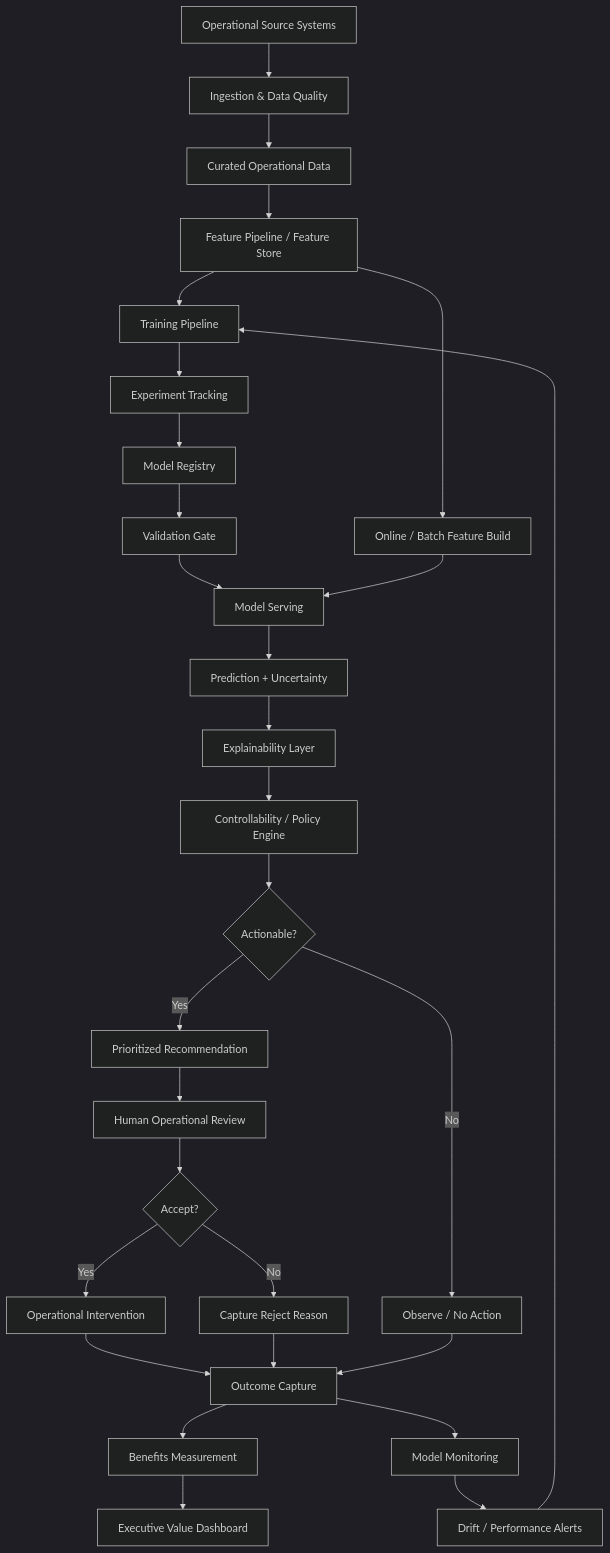
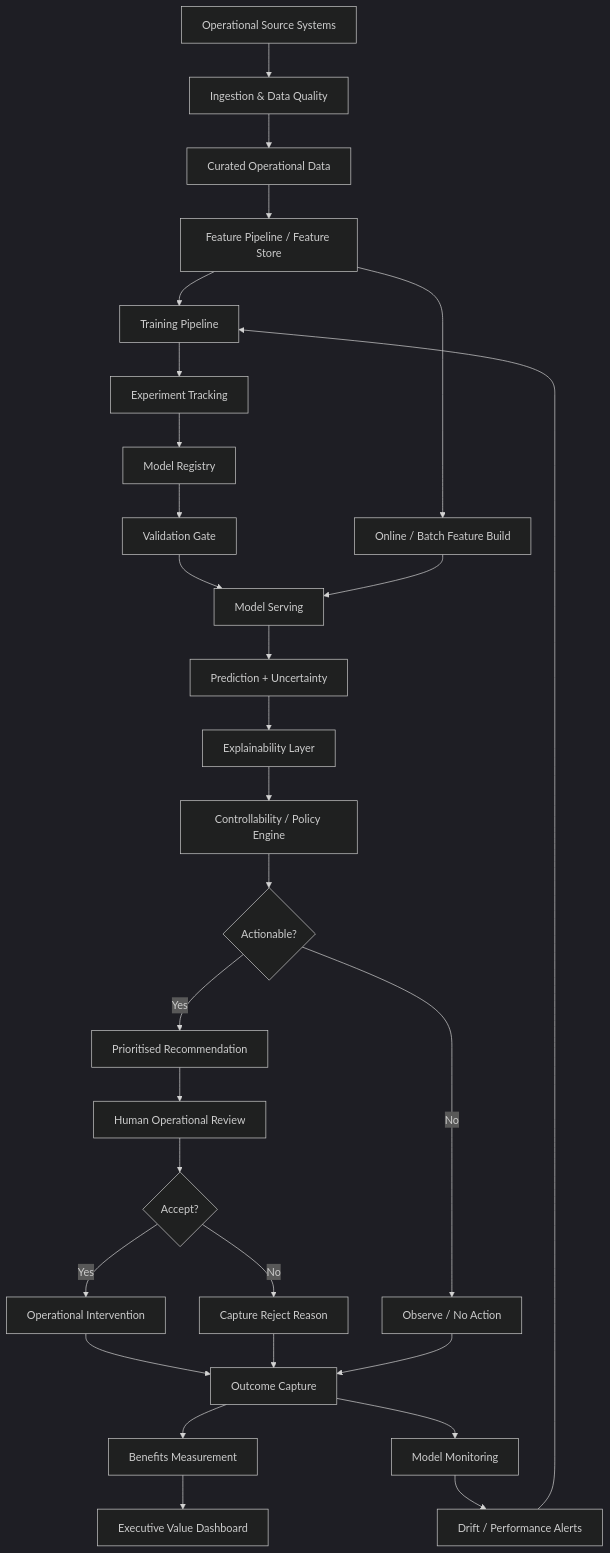
Before and after one commit to monganeeraj1/ai-special-projects-portfolio: the diagram in projects/00_aviation_ai_value_platform/ARCHITECTURE_DEEP_DIVE.md, drawn with Mermaid (dark theme). The commit also changed other lines of this file and 66 other files, not shown here.

````diff
--- a/projects/00_aviation_ai_value_platform/ARCHITECTURE_DEEP_DIVE.md
+++ b/projects/00_aviation_ai_value_platform/ARCHITECTURE_DEEP_DIVE.md
@@ -9,39 +28,39 @@
 ```mermaid
 flowchart TD
     A[Operational Source Systems] --> B[Ingestion & Data Quality]
     B --> C[Curated Operational Data]
     C --> D[Feature Pipeline / Feature Store]
 
     D --> E[Training Pipeline]
     E --> F[Experiment Tracking]
     F --> G[Model Registry]
     G --> H[Validation Gate]
 
     D --> I[Online / Batch Feature Build]
     H --> J[Model Serving]
     I --> J
 
     J --> K[Prediction + Uncertainty]
     K --> L[Explainability Layer]
     L --> M[Controllability / Policy Engine]
 
     M --> N{Actionable?}
     N -- No --> O[Observe / No Action]
-    N -- Yes --> P[Prioritized Recommendation]
+    N -- Yes --> P[Prioritised Recommendation]
 
     P --> Q[Human Operational Review]
     Q --> R{Accept?}
     R -- No --> S[Capture Reject Reason]
     R -- Yes --> T[Operational Intervention]
 
     T --> U[Outcome Capture]
     S --> U
     O --> U
 
     U --> V[Benefits Measurement]
     U --> W[Model Monitoring]
     W --> X[Drift / Performance Alerts]
     X --> E
 
     V --> Y[Executive Value Dashboard]
 ```
````
